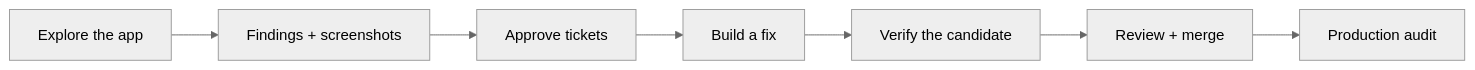
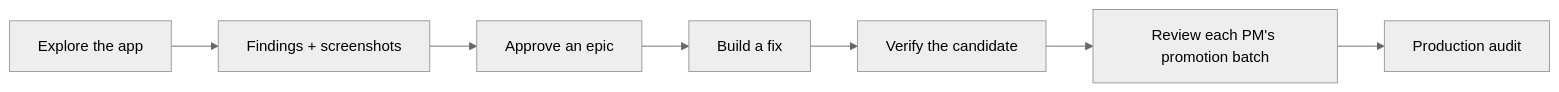
Before and after one commit to AgentBurgundy/shipgremlins: the diagram in README.md, drawn with Mermaid (neutral theme). The commit also changed other lines of this file and 130 other files, not shown here.

First line of the commit message:
v0.22.0: Autonomous epic-to-promotion workflow and guided crew setup (#22)

````diff
--- a/README.md
+++ b/README.md
@@ -98,9 +98,9 @@
 ```mermaid
 flowchart LR
     A[Explore the app] --> B[Findings + screenshots]
-    B --> C[Approve tickets]
+    B --> C[Approve an epic]
     C --> D[Build a fix]
     D --> E[Verify the candidate]
-    E --> F[Review + merge]
+    E --> F[Review each PM's promotion batch]
     F --> G[Production audit]
 ```
````
